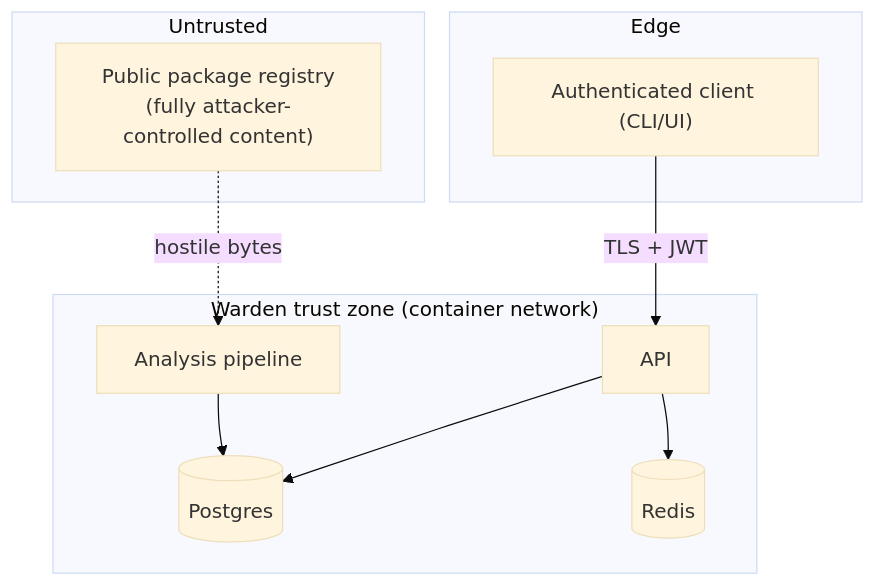
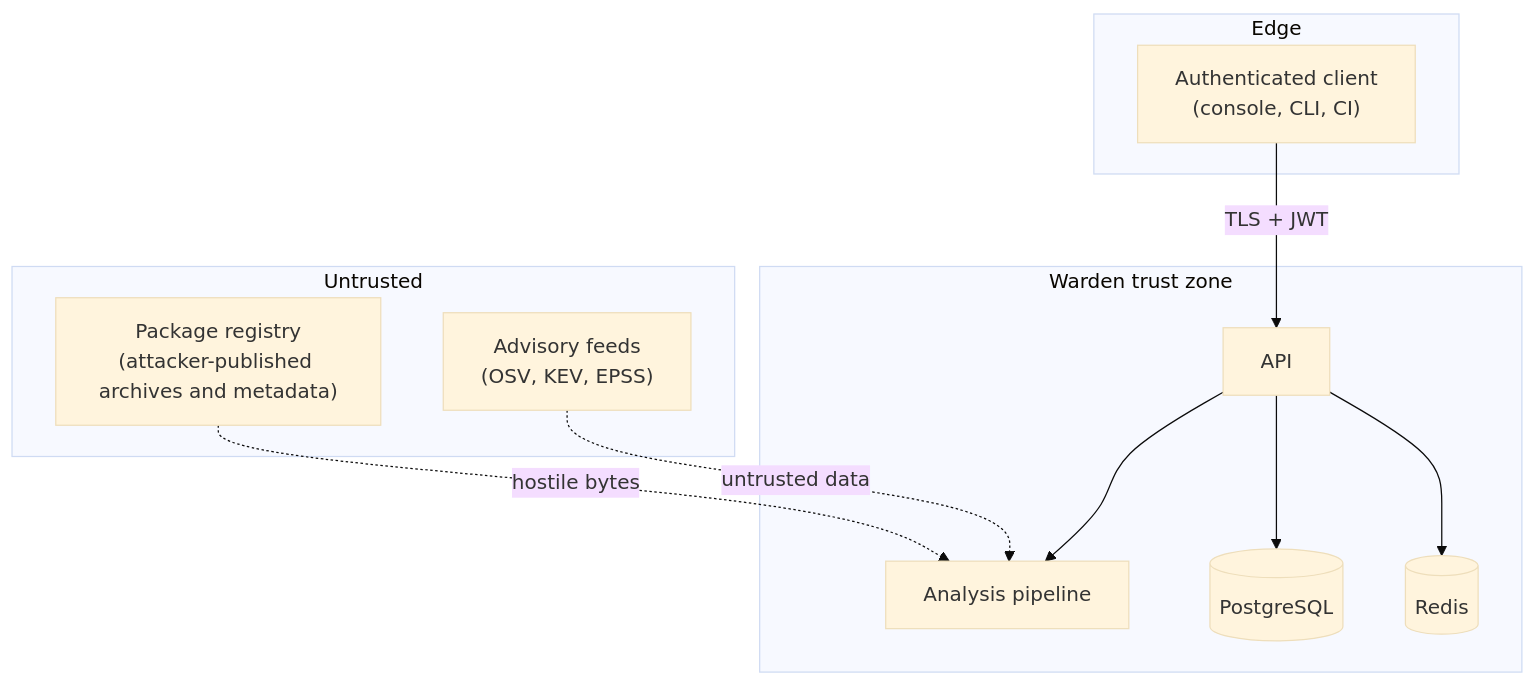
One commit to rakshit-737/warden-supply-chain-firewall changed the diagram in docs/THREAT_MODEL.md. Above: the diagram before and after it, drawn with Mermaid (base theme). The commit also changed other lines of this file, not shown here.

First line of the commit message:
docs: update the threat model for Warden X

````diff
--- a/docs/THREAT_MODEL.md
+++ b/docs/THREAT_MODEL.md
@@ -20,20 +21,22 @@
 ```mermaid
 flowchart TB
-    subgraph Untrusted
-        PKG["Public package registry<br/>(fully attacker-controlled content)"]
-    end
-    subgraph Edge
-        Client["Authenticated client (CLI/UI)"]
-    end
-    subgraph Trusted["Warden trust zone (container network)"]
-        API["API"]
-        Worker["Analysis pipeline"]
-        DB[("Postgres")]
-        Cache[("Redis")]
-    end
-    PKG -.hostile bytes.-> Worker
-    Client -- TLS + JWT --> API
-    API --> DB
-    API --> Cache
-    Worker --> DB
+  subgraph Untrusted
+    REG["Package registry<br/>(attacker-published archives and metadata)"]
+    FEEDS["Advisory feeds<br/>(OSV, KEV, EPSS)"]
+  end
+  subgraph Edge
+    CLIENT["Authenticated client<br/>(console, CLI, CI)"]
+  end
+  subgraph Warden["Warden trust zone"]
+    API["API"]
+    PIPE["Analysis pipeline"]
+    DB[("PostgreSQL")]
+    CACHE[("Redis")]
+  end
+  REG -. hostile bytes .-> PIPE
+  FEEDS -. untrusted data .-> PIPE
+  CLIENT -- TLS + JWT --> API
+  API --> PIPE
+  API --> DB
+  API --> CACHE
 ```
````
